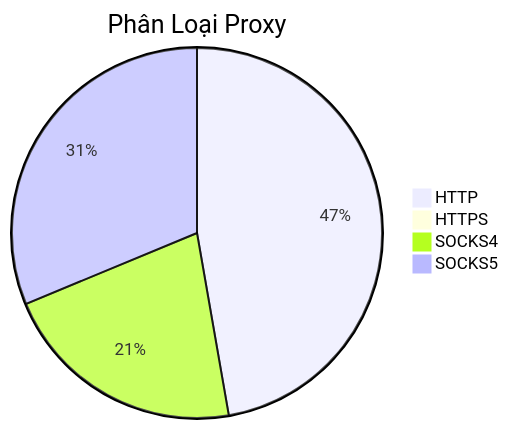
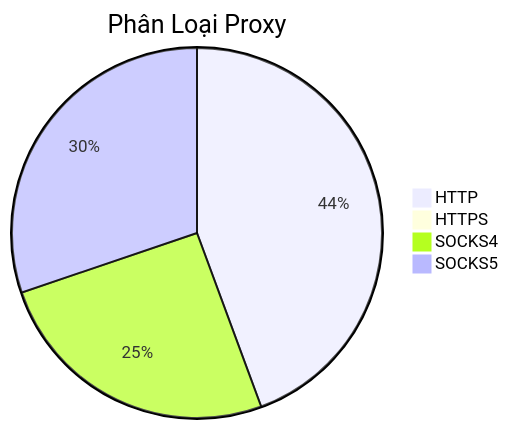
The diagram in README.md (Ciara-12/PROXY-free), drawn with Mermaid before and after one commit. The commit also changed other lines of this file and 4 other files, not shown here.

````diff
--- a/README.md
+++ b/README.md
@@ -26,7 +26,7 @@
 ```mermaid
 pie title Phân Loại Proxy
-    "HTTP" : 842
-    "HTTPS" : 0
-    "SOCKS4" : 383
-    "SOCKS5" : 557
+    "HTTP" : 815
+    "HTTPS" : 1
+    "SOCKS4" : 467
+    "SOCKS5" : 555
 ```
````
